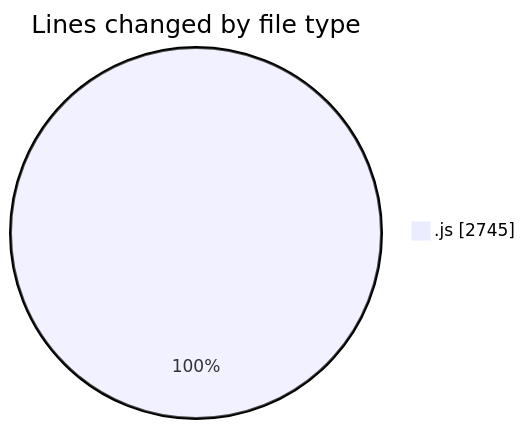
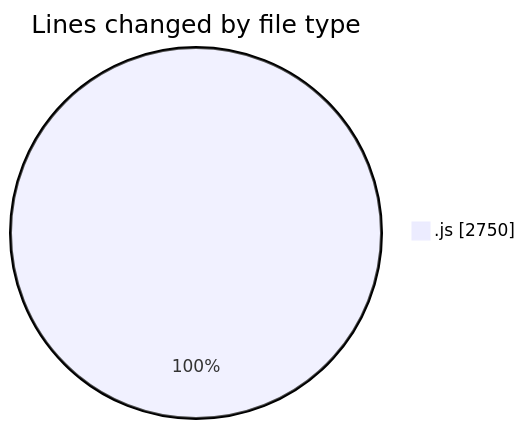
One commit to nxtqubesakshisongat/code-tracking changed the first of 2 diagrams in 2025-09-03/nxtqube_webapp/README.md. Above: the diagram before and after it, drawn with Mermaid. The commit also changed other lines of this file and 1 other file, not shown here.

````diff
--- a/2025-09-03/nxtqube_webapp/README.md
+++ b/2025-09-03/nxtqube_webapp/README.md
@@ -20,5 +20,5 @@
 ```mermaid
 pie showData
 title Lines changed by file type
-".js" : 2745
+".js" : 2750
 ```
````
